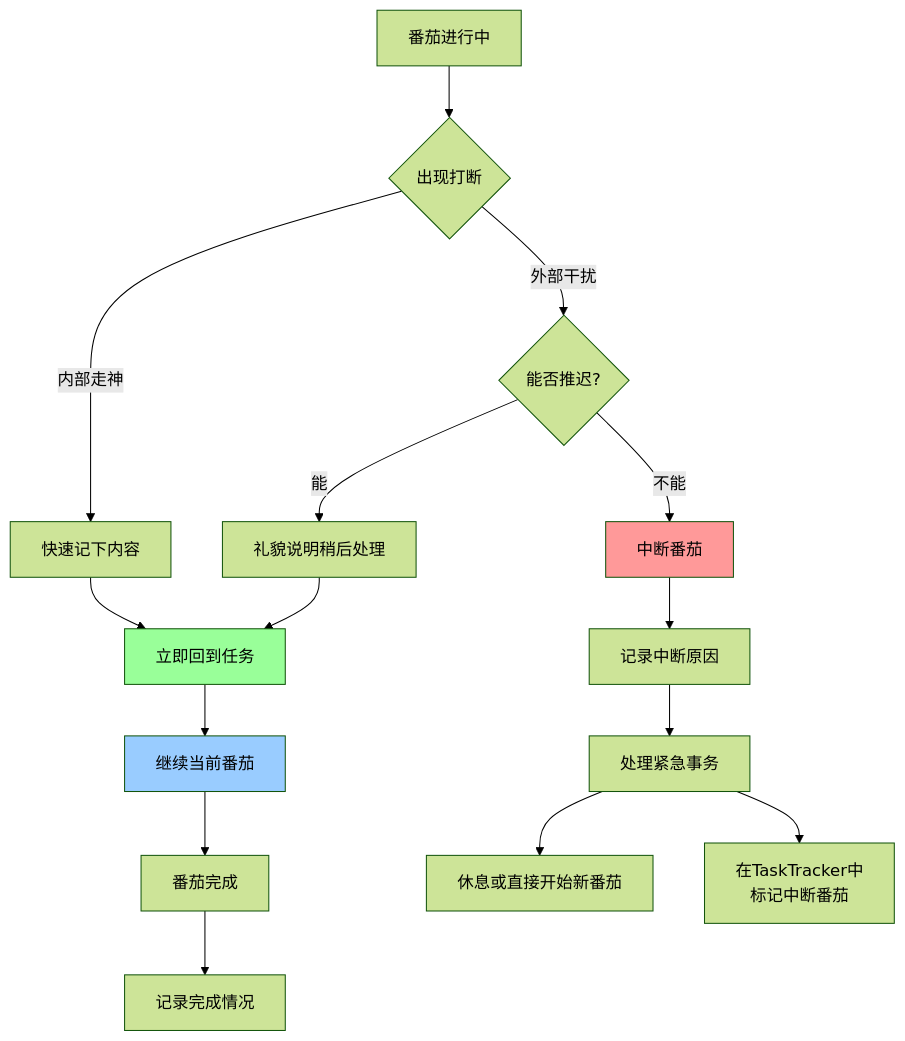
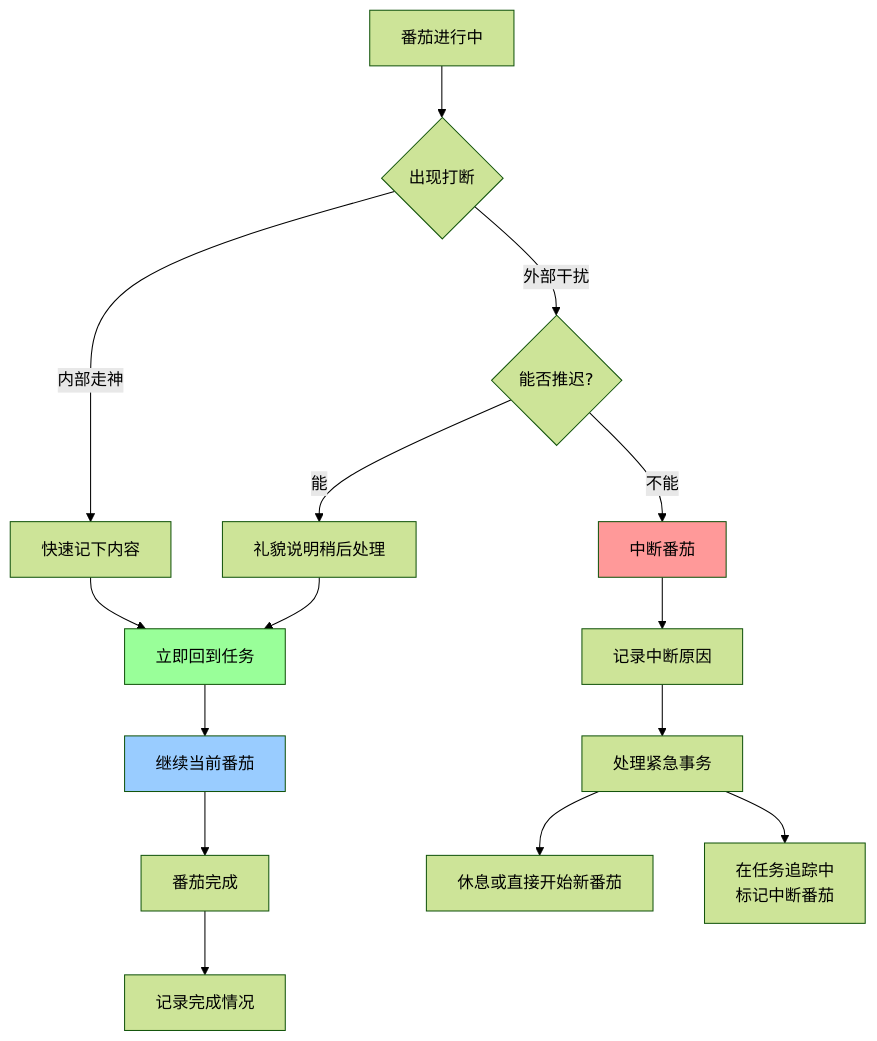
One commit to Xeonilian/pomotention changed the diagram in docs/guide/pomodoro-technique/02-handle-interruptions.md. Above: the diagram before and after it, drawn with Mermaid (forest theme). The commit also changed other lines of this file and 17 other files, not shown here.

````diff
--- a/docs/guide/pomodoro-technique/02-handle-interruptions.md
+++ b/docs/guide/pomodoro-technique/02-handle-interruptions.md
@@ -54,26 +56,26 @@
 ```mermaid
 flowchart TD
     A[番茄进行中] --> B{出现打断}
     B -->|内部走神| C[快速记下内容]
     B -->|外部干扰| D{能否推迟?}
     
     D -->|能| E[礼貌说明稍后处理]
     D -->|不能| F[中断番茄]
     
     C --> G[立即回到任务]
     E --> G
     
     F --> H[记录中断原因]
     H --> I[处理紧急事务]
     I --> J[休息或直接开始新番茄]
     
     G --> K[继续当前番茄]
     
     K --> L[番茄完成]
-    I --> M[在TaskTracker中<br/>标记中断番茄]
+    I --> M[在任务追踪中<br/>标记中断番茄]
     L --> N[记录完成情况]
     
     style F fill:#ff9999
     style G fill:#99ff99
     style K fill:#99ccff
 ```
````
